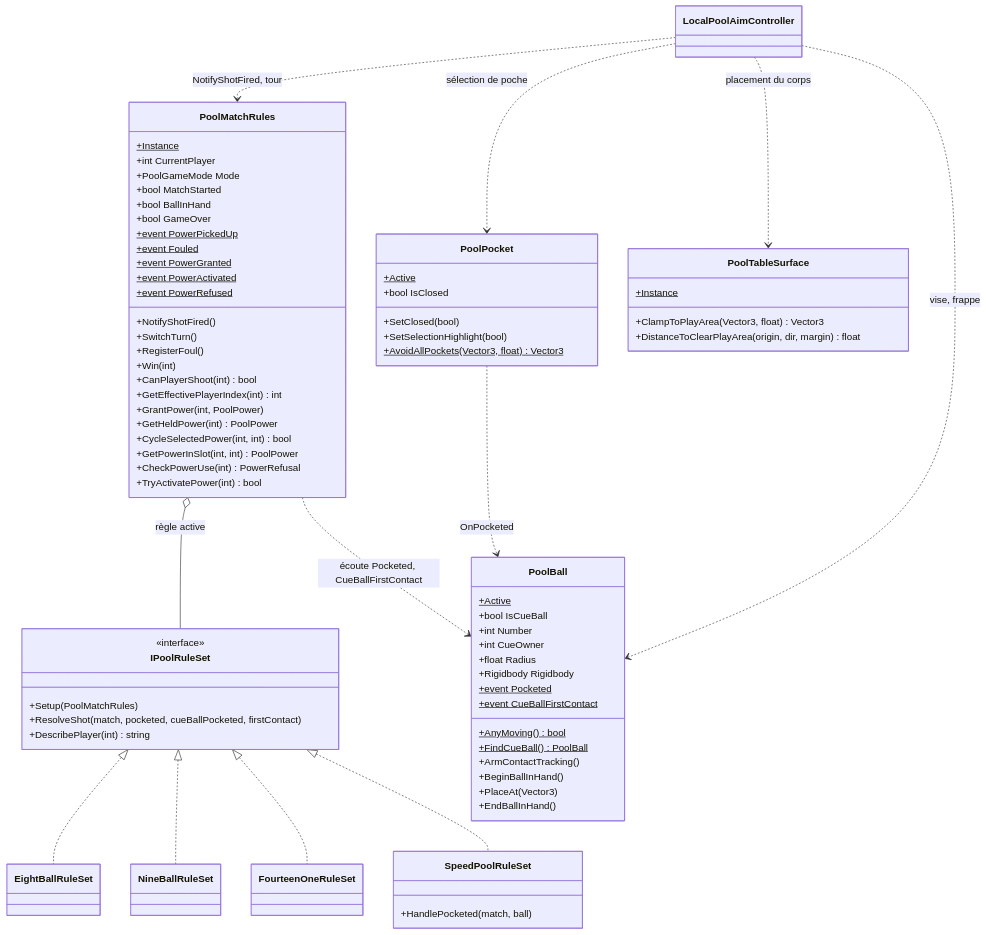
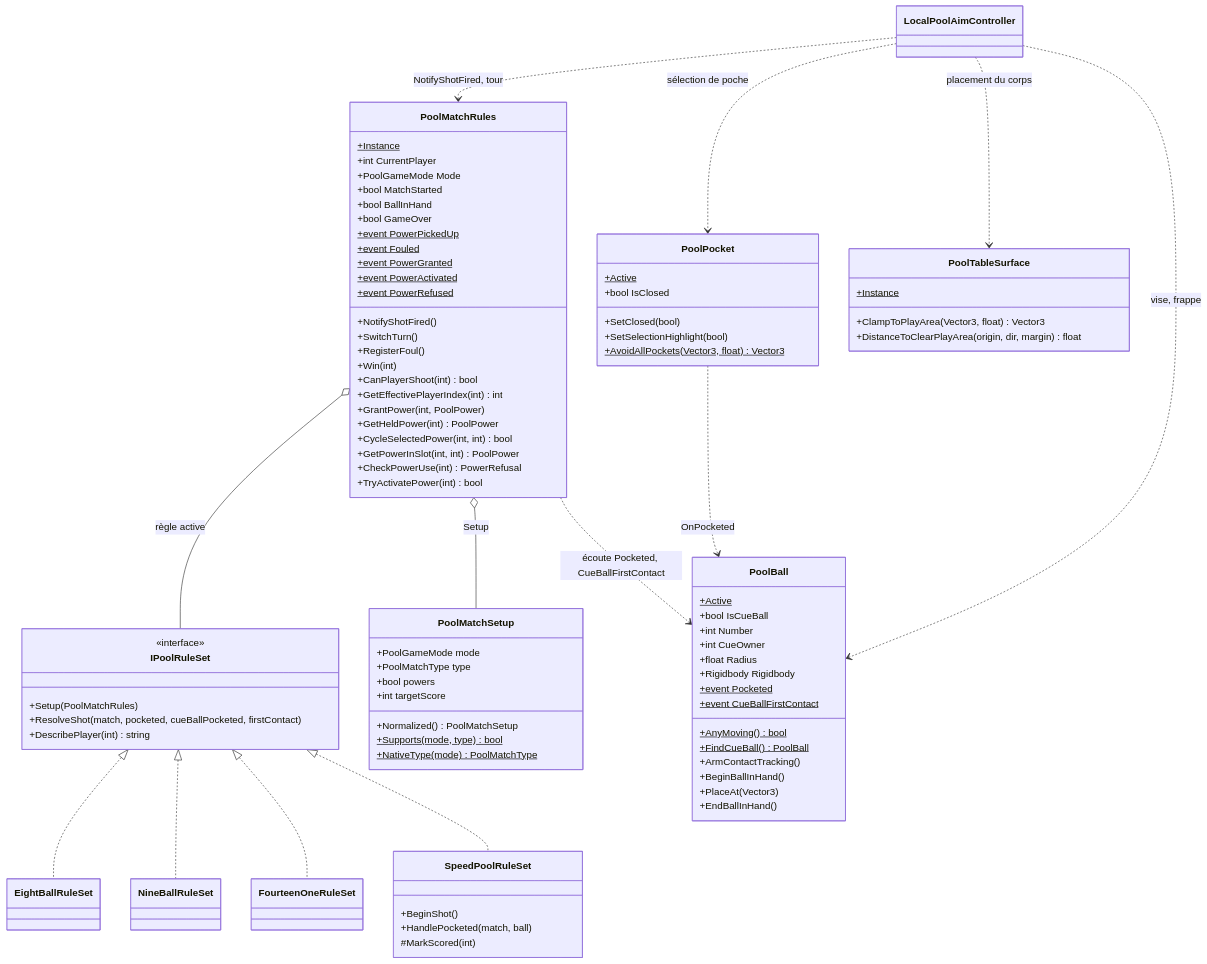
One commit to FlackyBoy/UntitledPoolgame changed the third of 4 diagrams in docs/content/tech/architecture.md. Above: the diagram before and after it, drawn with Mermaid. The commit also changed other lines of this file and 41 other files, not shown here.

```diff
--- a/docs/content/tech/architecture.md
+++ b/docs/content/tech/architecture.md
@@ -282,7 +282,18 @@
   class NineBallRuleSet
   class FourteenOneRuleSet
   class SpeedPoolRuleSet {
+    +BeginShot()
     +HandlePocketed(match, ball)
+    #MarkScored(int)
+  }
+  class PoolMatchSetup {
+    +PoolGameMode mode
+    +PoolMatchType type
+    +bool powers
+    +int targetScore
+    +Normalized() PoolMatchSetup
+    +Supports(mode, type)$ bool
+    +NativeType(mode)$ PoolMatchType
   }
   class PoolBall {
     +Active$
@@ -319,6 +330,7 @@
   IPoolRuleSet <|.. FourteenOneRuleSet
   IPoolRuleSet <|.. SpeedPoolRuleSet
   PoolMatchRules o-- IPoolRuleSet : règle active
+  PoolMatchRules o-- PoolMatchSetup : Setup
   PoolMatchRules ..> PoolBall : écoute Pocketed, CueBallFirstContact
   PoolPocket ..> PoolBall : OnPocketed
   LocalPoolAimController ..> PoolBall : vise, frappe
```
